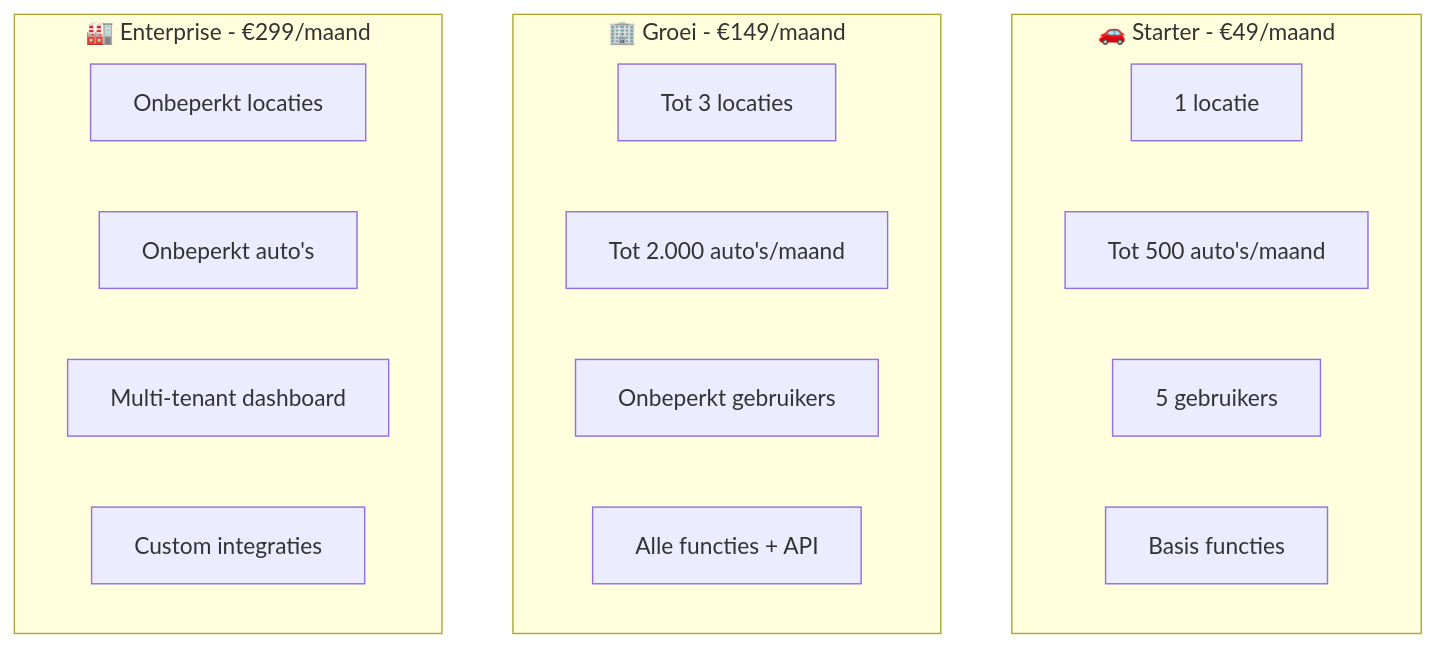
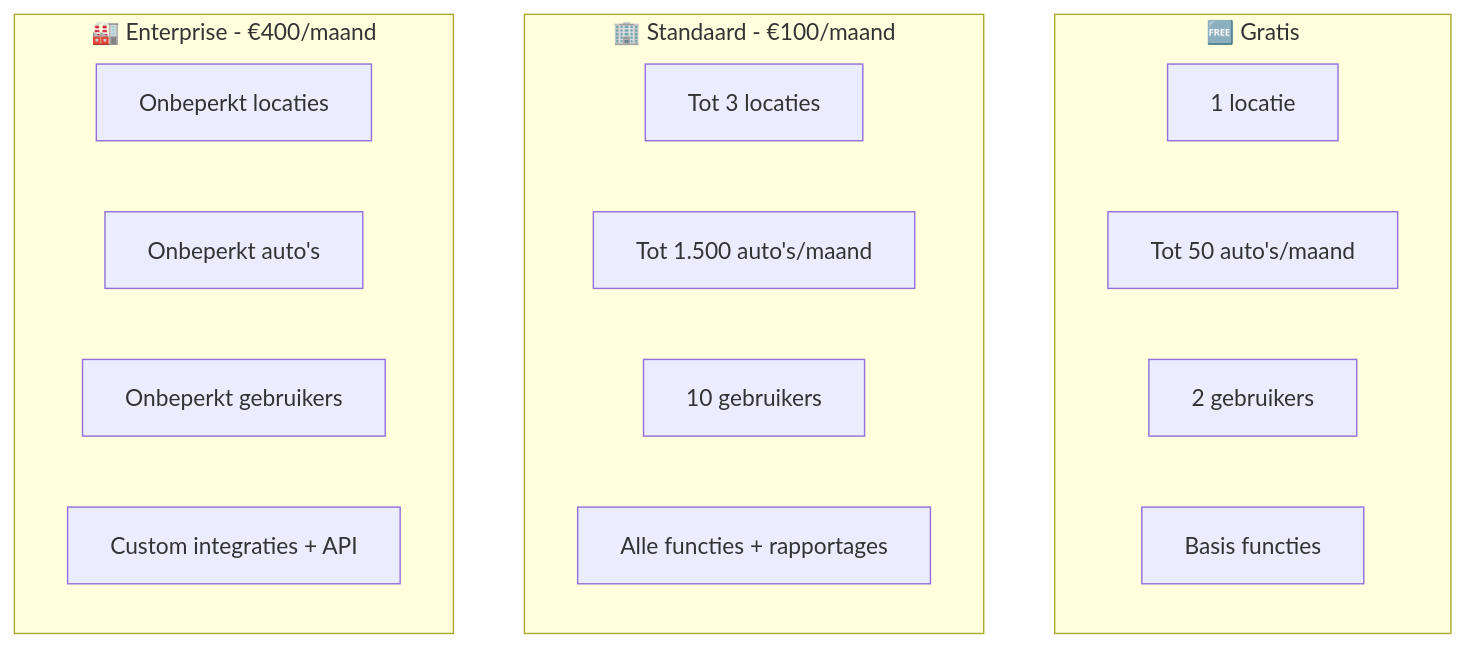
Before and after one commit to WoutPitje/wasplanning: the fourth of 5 diagrams in docs/wasplanning-systeem.md, drawn with Mermaid. The commit also changed other lines of this file and 227 other files, not shown here.

````diff
--- a/docs/wasplanning-systeem.md
+++ b/docs/wasplanning-systeem.md
@@ -259,23 +258,23 @@
 ```mermaid
 graph TD
-    subgraph "🚗 Starter - €49/maand"
-        S1[1 locatie]
-        S2[Tot 500 auto's/maand]
-        S3[5 gebruikers]
-        S4[Basis functies]
+    subgraph "🆓 Gratis"
+        F1[1 locatie]
+        F2[Tot 50 auto's/maand]
+        F3[2 gebruikers]
+        F4[Basis functies]
     end
     
-    subgraph "🏢 Groei - €149/maand"
-        G1[Tot 3 locaties]
-        G2[Tot 2.000 auto's/maand]
-        G3[Onbeperkt gebruikers]
-        G4[Alle functies + API]
+    subgraph "🏢 Standaard - €100/maand"
+        S1[Tot 3 locaties]
+        S2[Tot 1.500 auto's/maand]
+        S3[10 gebruikers]
+        S4[Alle functies + rapportages]
     end
     
-    subgraph "🏭 Enterprise - €299/maand"
+    subgraph "🏭 Enterprise - €400/maand"
         E1[Onbeperkt locaties]
         E2[Onbeperkt auto's]
-        E3[Multi-tenant dashboard]
-        E4[Custom integraties]
+        E3[Onbeperkt gebruikers]
+        E4[Custom integraties + API]
     end
 ```
````
